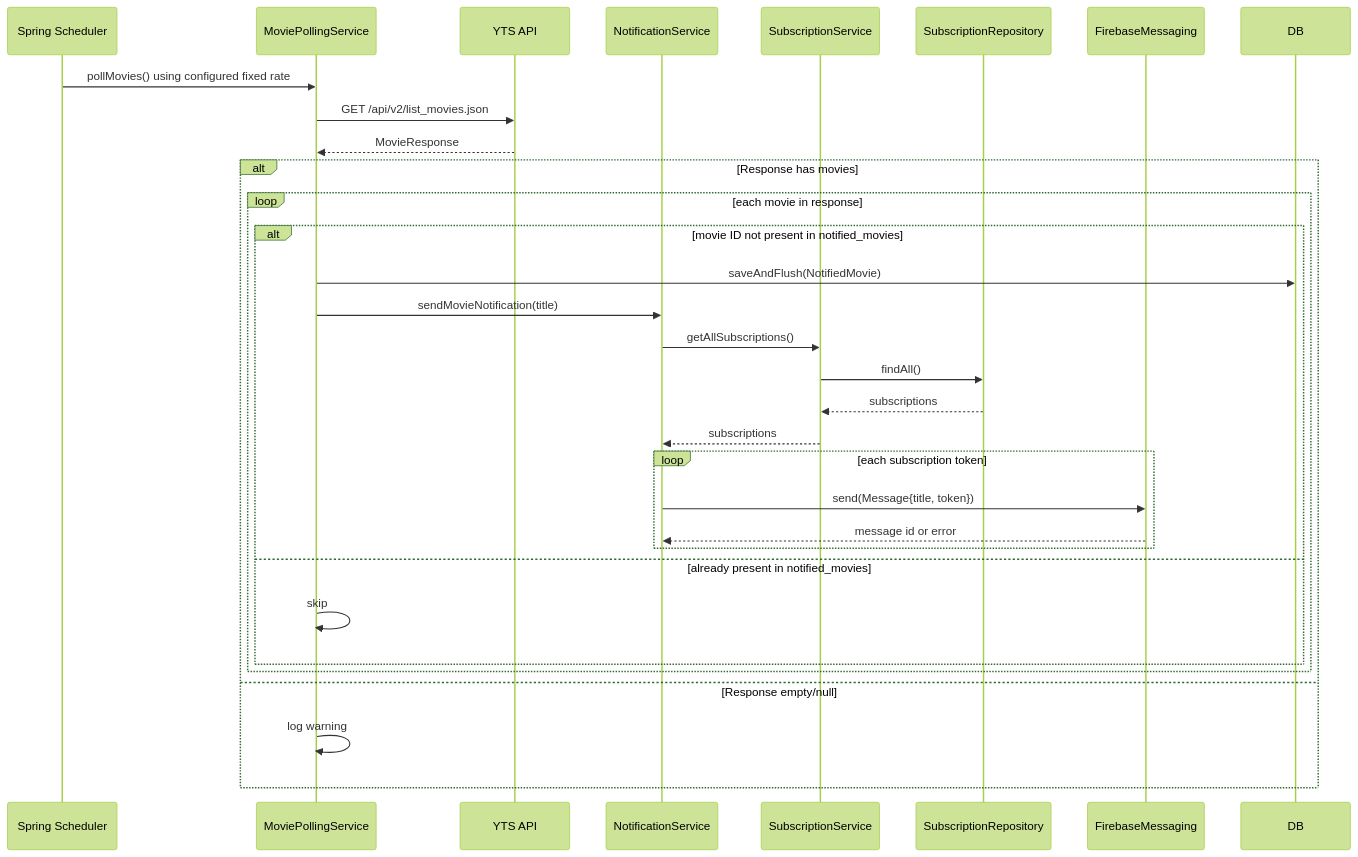
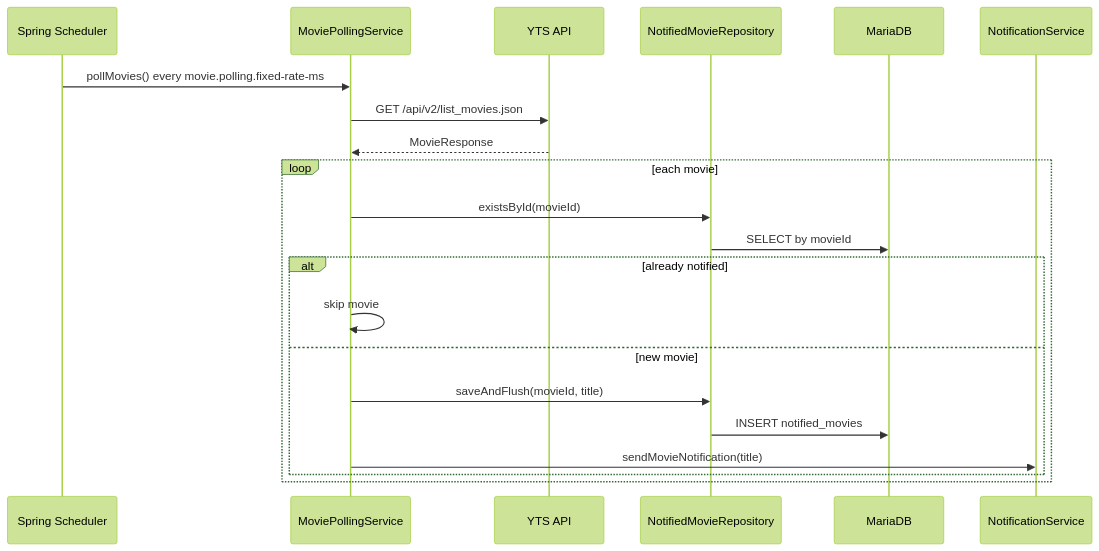
The fourth of 5 diagrams in README.md (martinrevert/fcm-push-springboot-aot-GraalVM-multiarch), drawn with Mermaid (forest theme) before and after one commit. The commit also changed other lines of this file, not shown here.

Commit message:
docs: update README to clarify FCM notifications, enhance service flow descriptions, and improve configuration details

````diff
--- a/README.md
+++ b/README.md
@@ -121,34 +113,24 @@
 ```mermaid
 sequenceDiagram
-    participant Scheduler as Spring Scheduler
+    participant Sch as Spring Scheduler
     participant Poll as MoviePollingService
     participant YTS as YTS API
+    participant Notified as NotifiedMovieRepository
+    participant DB as MariaDB
     participant Notif as NotificationService
-    participant SubSvc as SubscriptionService
-    participant Repo as SubscriptionRepository
-    participant FCM as FirebaseMessaging
 
-    Scheduler->>Poll: pollMovies() using configured fixed rate
+    Sch->>Poll: pollMovies() every movie.polling.fixed-rate-ms
     Poll->>YTS: GET /api/v2/list_movies.json
     YTS-->>Poll: MovieResponse
-    alt Response has movies
-        loop each movie in response
-            alt movie ID not present in notified_movies
-                Poll->>DB: saveAndFlush(NotifiedMovie)
-                Poll->>Notif: sendMovieNotification(title)
-                Notif->>SubSvc: getAllSubscriptions()
-                SubSvc->>Repo: findAll()
-                Repo-->>SubSvc: subscriptions
-                SubSvc-->>Notif: subscriptions
-                loop each subscription token
-                    Notif->>FCM: send(Message{title, token})
-                    FCM-->>Notif: message id or error
-                end
-            else already present in notified_movies
-                Poll->>Poll: skip
-            end
+    loop each movie
+        Poll->>Notified: existsById(movieId)
+        Notified->>DB: SELECT by movieId
+        alt already notified
+            Poll->>Poll: skip movie
+        else new movie
+            Poll->>Notified: saveAndFlush(movieId, title)
+            Notified->>DB: INSERT notified_movies
+            Poll->>Notif: sendMovieNotification(title)
         end
-    else Response empty/null
-        Poll->>Poll: log warning
     end
 ```
````
